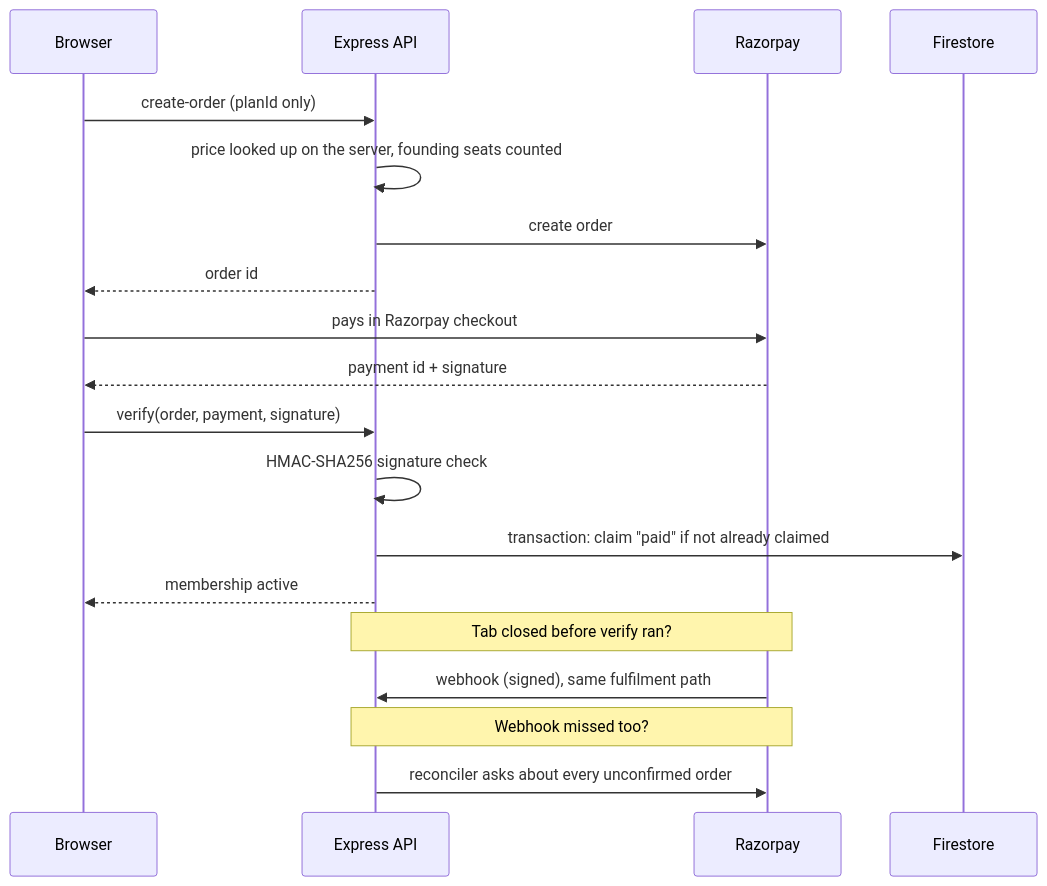
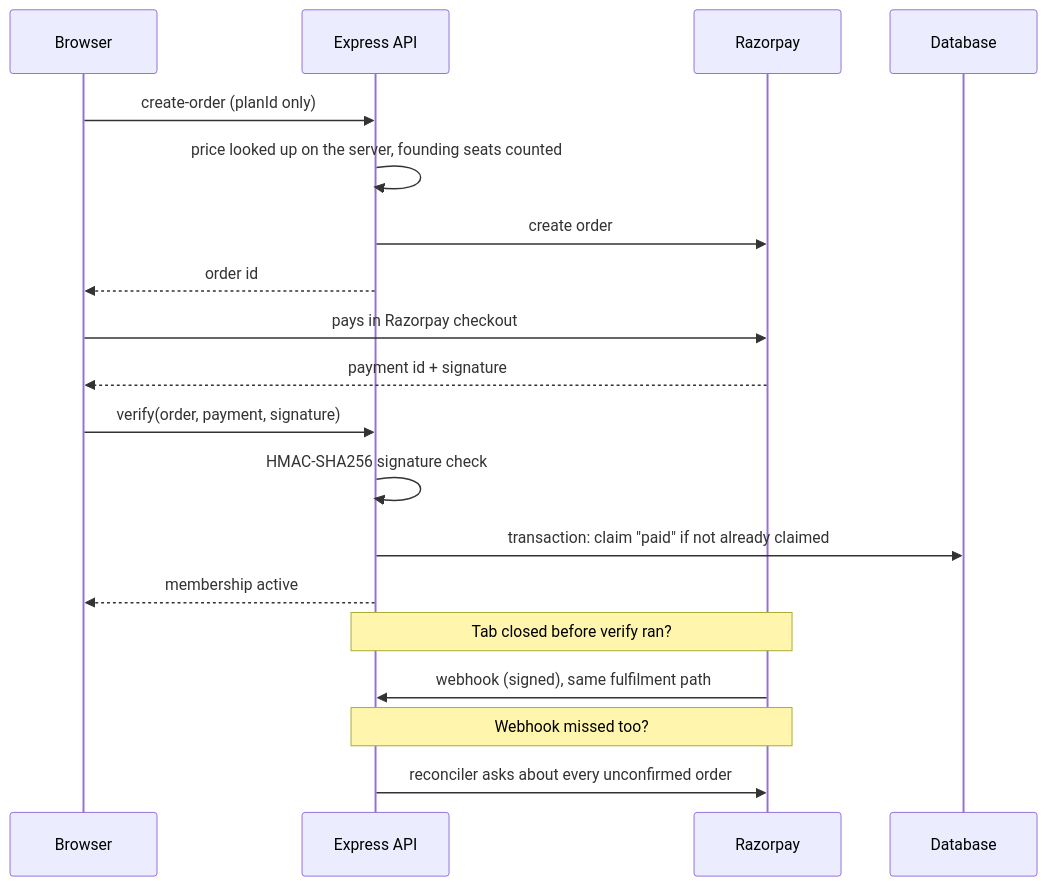
The second of 2 diagrams in README.md (Anuragkumar-687/bizowl-membership-case-study), drawn with Mermaid before and after one commit. The commit also changed other lines of this file and 5 other files, not shown here.

````diff
--- a/README.md
+++ b/README.md
@@ -71,23 +86,23 @@
 ```mermaid
 sequenceDiagram
     participant B as Browser
     participant API as Express API
     participant RZ as Razorpay
-    participant DB as Firestore
+    participant DB as Database
 
     B->>API: create-order (planId only)
     API->>API: price looked up on the server, founding seats counted
     API->>RZ: create order
     API-->>B: order id
     B->>RZ: pays in Razorpay checkout
     RZ-->>B: payment id + signature
     B->>API: verify(order, payment, signature)
     API->>API: HMAC-SHA256 signature check
     API->>DB: transaction: claim "paid" if not already claimed
     API-->>B: membership active
 
     Note over RZ,API: Tab closed before verify ran?
     RZ->>API: webhook (signed), same fulfilment path
     Note over API,RZ: Webhook missed too?
     API->>RZ: reconciler asks about every unconfirmed order
 ```
````
